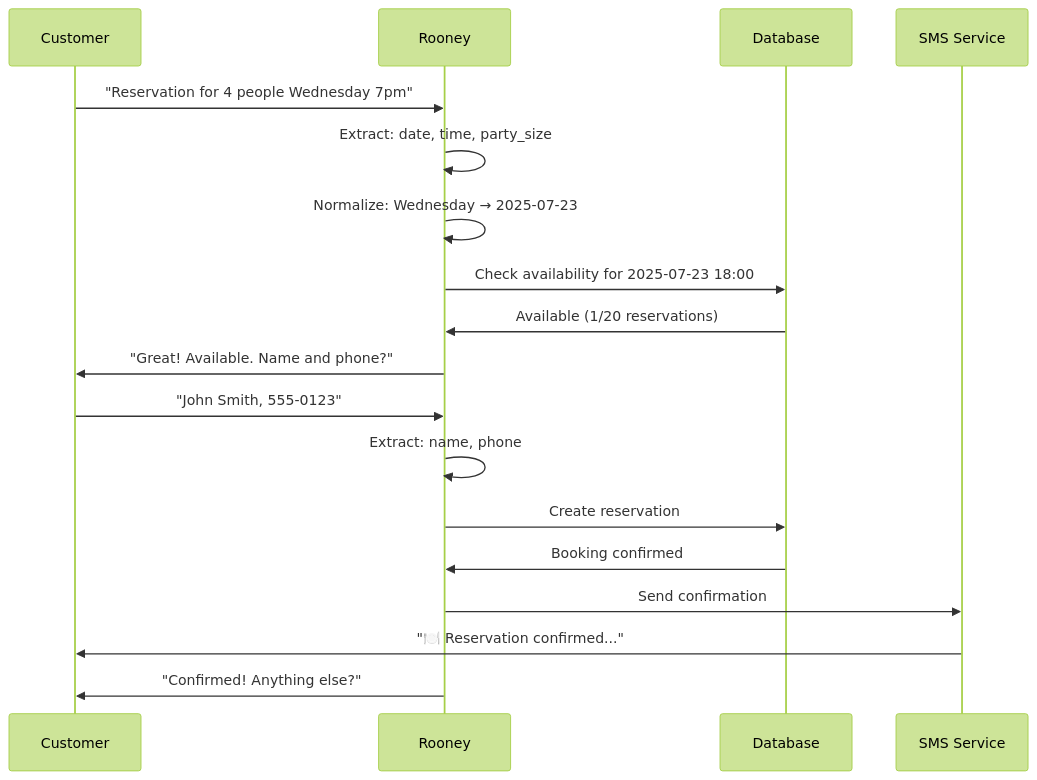
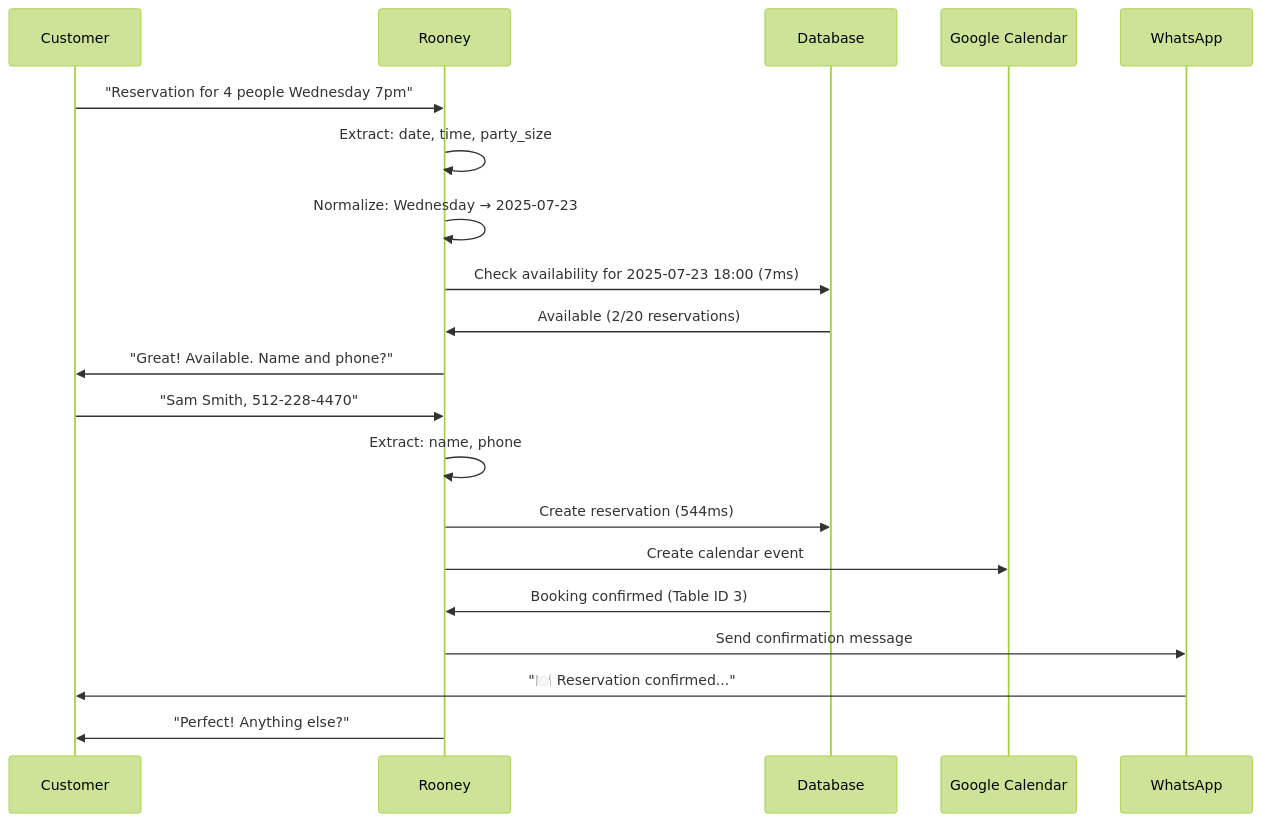
Before and after one commit to pathways-2/voiceagent: the fourth of 4 diagrams in README.md, drawn with Mermaid (forest theme). The commit also changed other lines of this file, not shown here.

````diff
--- a/README.md
+++ b/README.md
@@ -99,21 +179,23 @@
 ```mermaid
 sequenceDiagram
     participant C as Customer
     participant R as Rooney
     participant DB as Database
-    participant SMS as SMS Service
+    participant GCal as Google Calendar
+    participant WA as WhatsApp
     
     C->>R: "Reservation for 4 people Wednesday 7pm"
     R->>R: Extract: date, time, party_size
     R->>R: Normalize: Wednesday → 2025-07-23
-    R->>DB: Check availability for 2025-07-23 18:00
-    DB->>R: Available (1/20 reservations)
+    R->>DB: Check availability for 2025-07-23 18:00 (7ms)
+    DB->>R: Available (2/20 reservations)
     R->>C: "Great! Available. Name and phone?"
-    C->>R: "John Smith, 555-0123"
+    C->>R: "Sam Smith, 512-228-4470"
     R->>R: Extract: name, phone
-    R->>DB: Create reservation
-    DB->>R: Booking confirmed
-    R->>SMS: Send confirmation
-    SMS->>C: "🍽️ Reservation confirmed..."
-    R->>C: "Confirmed! Anything else?"
+    R->>DB: Create reservation (544ms)
+    R->>GCal: Create calendar event
+    DB->>R: Booking confirmed (Table ID 3)
+    R->>WA: Send confirmation message
+    WA->>C: "🍽️ Reservation confirmed..."
+    R->>C: "Perfect! Anything else?"
 ```
````
